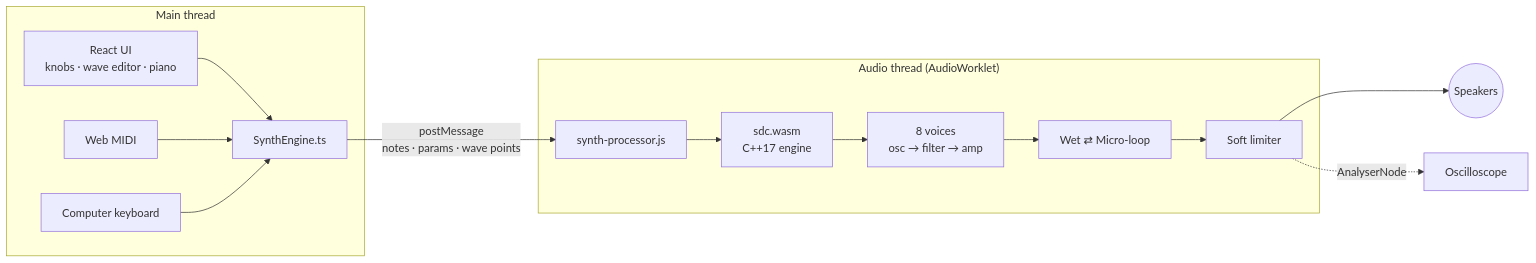
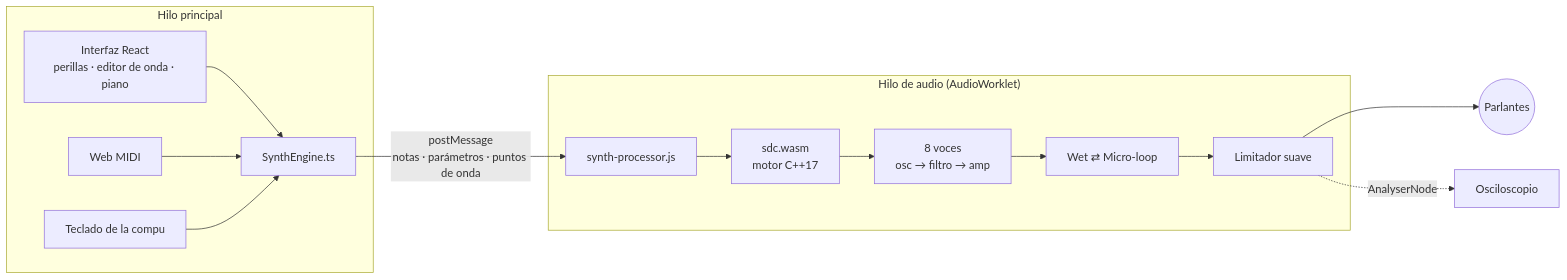
Before and after one commit to pedrofelipe14/salir-de-casa-web-synth: the diagram in README.md, drawn with Mermaid. The commit also changed other lines of this file and 2 other files, not shown here.

````diff
--- a/README.md
+++ b/README.md
@@ -57,23 +57,23 @@
 ```mermaid
 flowchart LR
-  subgraph main["Main thread"]
-    UI["React UI<br/>knobs · wave editor · piano"]
+  subgraph main["Hilo principal"]
+    UI["Interfaz React<br/>perillas · editor de onda · piano"]
     MIDI["Web MIDI"]
-    KEYS["Computer keyboard"]
+    KEYS["Teclado de la compu"]
     ENG["SynthEngine.ts"]
     UI --> ENG
     MIDI --> ENG
     KEYS --> ENG
   end
-  subgraph audio["Audio thread (AudioWorklet)"]
+  subgraph audio["Hilo de audio (AudioWorklet)"]
     PROC["synth-processor.js"]
-    WASM["sdc.wasm<br/>C++17 engine"]
-    VOICES["8 voices<br/>osc → filter → amp"]
+    WASM["sdc.wasm<br/>motor C++17"]
+    VOICES["8 voces<br/>osc → filtro → amp"]
     FX["Wet ⇄ Micro-loop"]
-    LIM["Soft limiter"]
+    LIM["Limitador suave"]
     PROC --> WASM --> VOICES --> FX --> LIM
   end
-  ENG -- "postMessage<br/>notes · params · wave points" --> PROC
-  LIM --> OUT(("Speakers"))
-  LIM -. "AnalyserNode" .-> SCOPE["Oscilloscope"]
+  ENG -- "postMessage<br/>notas · parámetros · puntos de onda" --> PROC
+  LIM --> OUT(("Parlantes"))
+  LIM -. "AnalyserNode" .-> SCOPE["Osciloscopio"]
 ```
````
